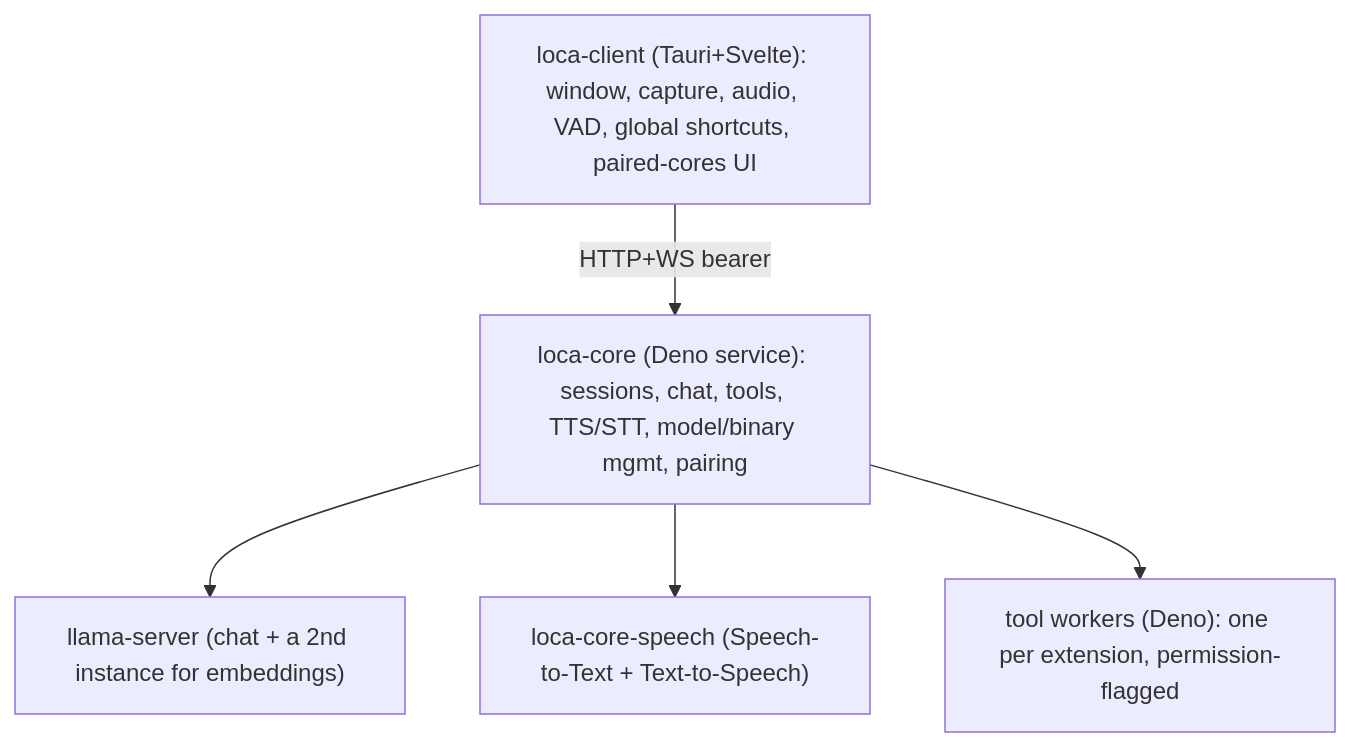
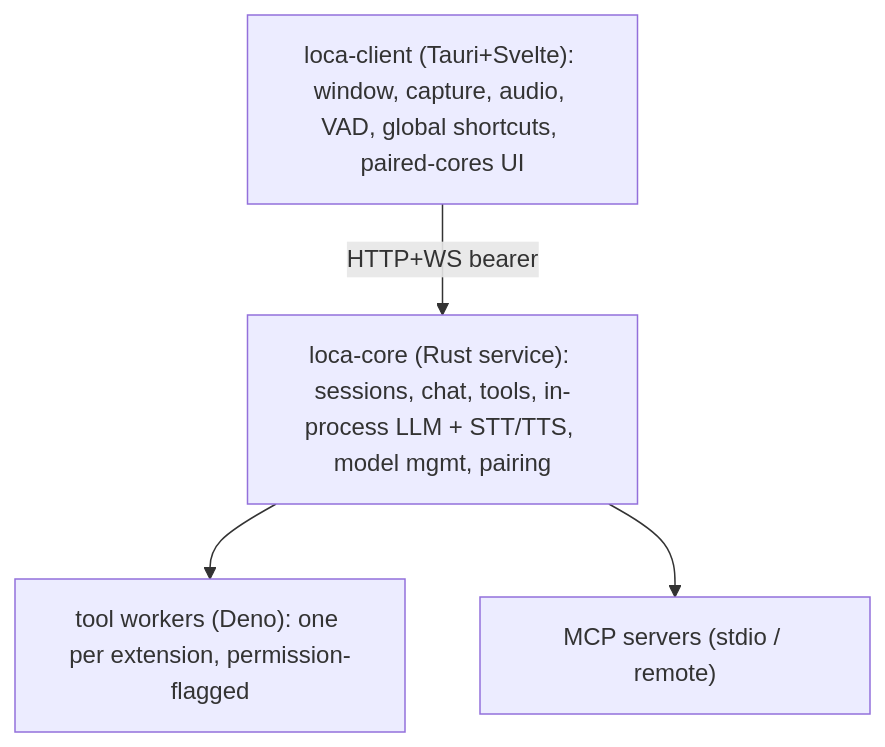
Before and after one commit to rzkyif/loca: the diagram in DEVELOPMENT.md, drawn with Mermaid. The commit also changed other lines of this file and 813 other files, not shown here.

````diff
--- a/DEVELOPMENT.md
+++ b/DEVELOPMENT.md
@@ -16,13 +16,11 @@
 ```mermaid
 flowchart TD
     client["loca-client (Tauri+Svelte): window, capture, audio, VAD, global shortcuts, paired-cores UI"]
-    core["loca-core (Deno service): sessions, chat, tools, TTS/STT, model/binary mgmt, pairing"]
-    llama["llama-server (chat + a 2nd instance for embeddings)"]
-    speech["loca-core-speech (Speech-to-Text + Text-to-Speech)"]
+    core["loca-core (Rust service): sessions, chat, tools, in-process LLM + STT/TTS, model mgmt, pairing"]
     workers["tool workers (Deno): one per extension, permission-flagged"]
+    mcp["MCP servers (stdio / remote)"]
 
     client -->|HTTP+WS bearer| core
-    core --> llama
-    core --> speech
     core --> workers
+    core --> mcp
 ```
````
